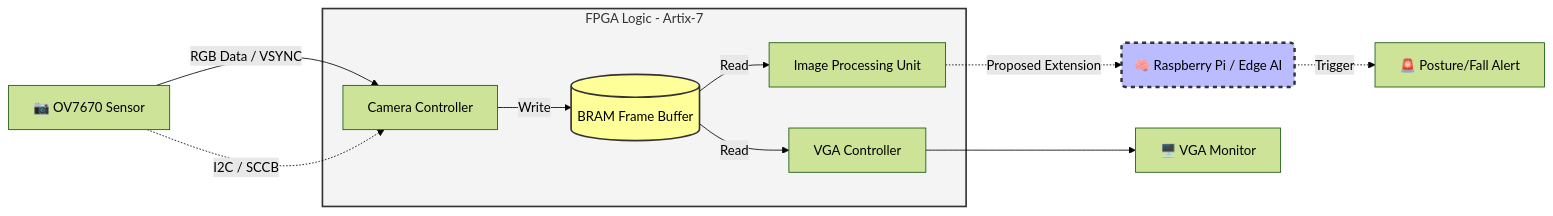
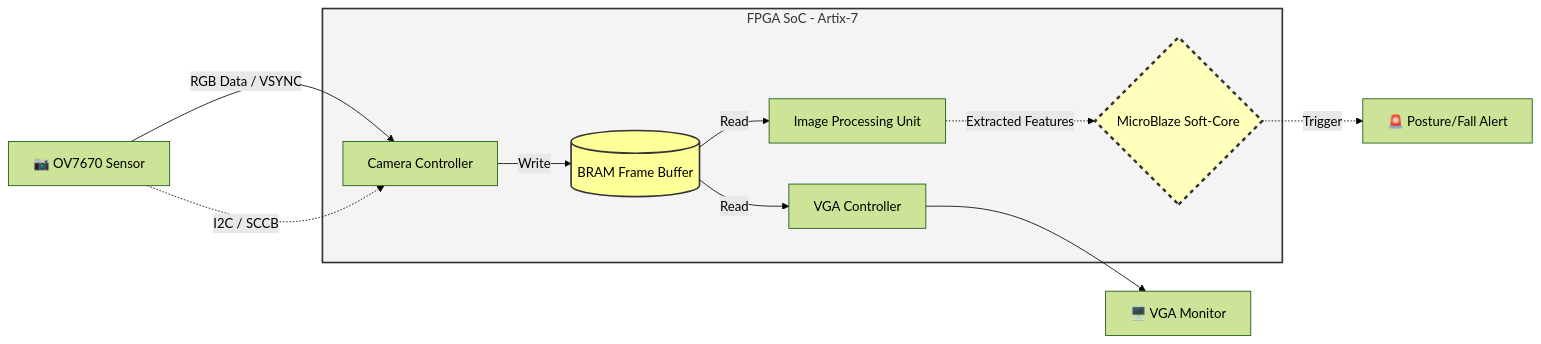
Before and after one commit to yosiBrim/fall-detection-fpga: the diagram in README.md, drawn with Mermaid (forest theme). The commit also changed other lines of this file, not shown here.

First line of the commit message:
Revise README for FPGA SoC integration and features

````diff
--- a/README.md
+++ b/README.md
@@ -23,20 +23,19 @@
 ```mermaid
 graph LR
-    subgraph Hardware [FPGA Logic - Artix-7]
+    subgraph Hardware [FPGA SoC - Artix-7]
         ctrl[Camera Controller] -->|Write| bram[(BRAM Frame Buffer)]
         bram -->|Read| vga[VGA Controller]
         bram -->|Read| img[Image Processing Unit]
+        img -.->|Extracted Features| cpu{MicroBlaze Soft-Core}
     end
     
     cam[📷 OV7670 Sensor] -->|RGB Data / VSYNC| ctrl
     cam -.->|I2C / SCCB| ctrl
     
-    img -.->|Proposed Extension| ai(🧠 Raspberry Pi / Edge AI)
-    
     vga --> monitor[🖥️ VGA Monitor]
-    ai -.->|Trigger| alert[🚨 Posture/Fall Alert]
+    cpu -.->|Trigger| alert[🚨 Posture/Fall Alert]
     
     style Hardware fill:#f4f4f4,stroke:#333,stroke-width:2px
     style bram fill:#ff9,stroke:#333,stroke-width:2px
-    style ai fill:#bbf,stroke:#333,stroke-width:3px,stroke-dasharray: 5 5
+    style cpu fill:#ffb,stroke:#333,stroke-width:3px,stroke-dasharray: 5 5
 ```
````
